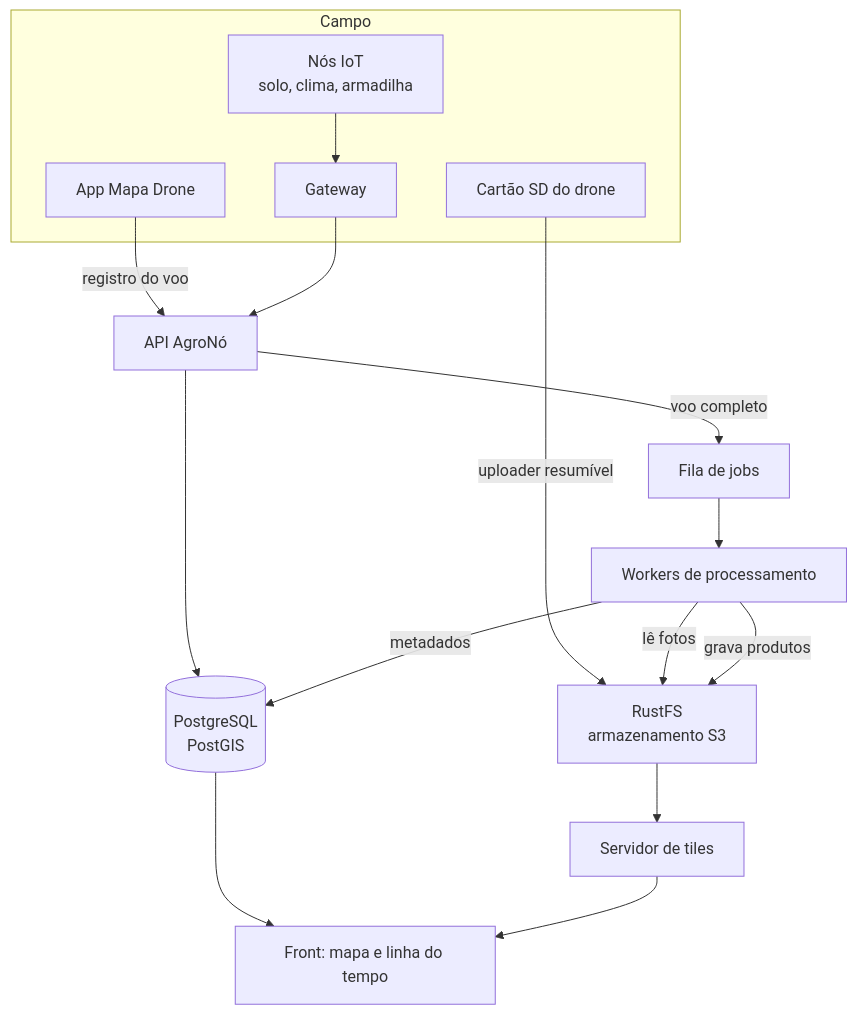
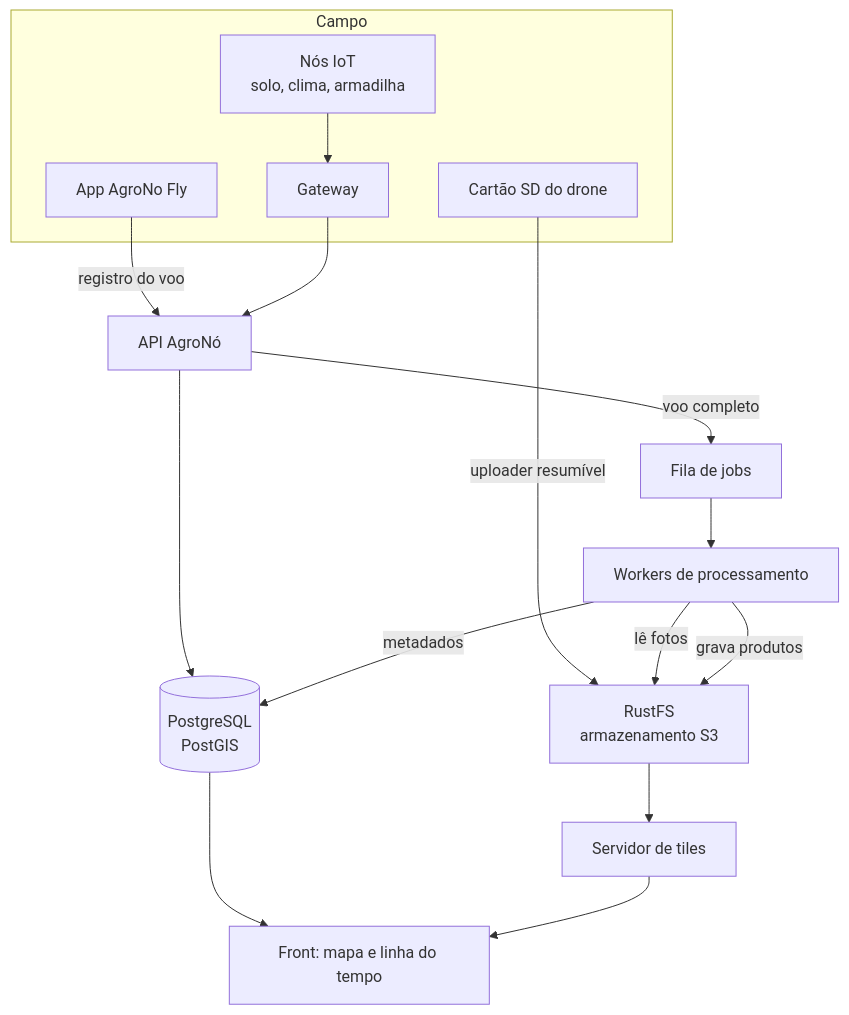
One commit to PatrickCalorioCarvalho/AgroNo changed the first of 3 diagrams in Documentacao/docs/drone-pipeline.md. Above: the diagram before and after it, drawn with Mermaid. The commit also changed other lines of this file and 3 other files, not shown here.

Commit message:
docs: AgroNo Fly (servidor, fila e mosaico) e CLAUDE.md

````diff
--- a/Documentacao/docs/drone-pipeline.md
+++ b/Documentacao/docs/drone-pipeline.md
@@ -14,23 +27,23 @@
 ```mermaid
 graph TD
     subgraph "Campo"
-        APP["App Mapa Drone"]
+        APP["App AgroNo Fly"]
         SD["Cartão SD do drone"]
         N["Nós IoT<br/>solo, clima, armadilha"] --> GW["Gateway"]
     end
 
     APP -->|"registro do voo"| API["API AgroNó"]
     SD -->|"uploader resumível"| S3["RustFS<br/>armazenamento S3"]
     GW --> API
 
     API --> DB[("PostgreSQL<br/>PostGIS")]
     API -->|"voo completo"| Q["Fila de jobs"]
     Q --> W["Workers de processamento"]
     W -->|"lê fotos"| S3
     W -->|"grava produtos"| S3
     W -->|"metadados"| DB
 
     S3 --> T["Servidor de tiles"]
     DB --> FE["Front: mapa e linha do tempo"]
     T --> FE
 ```
````
